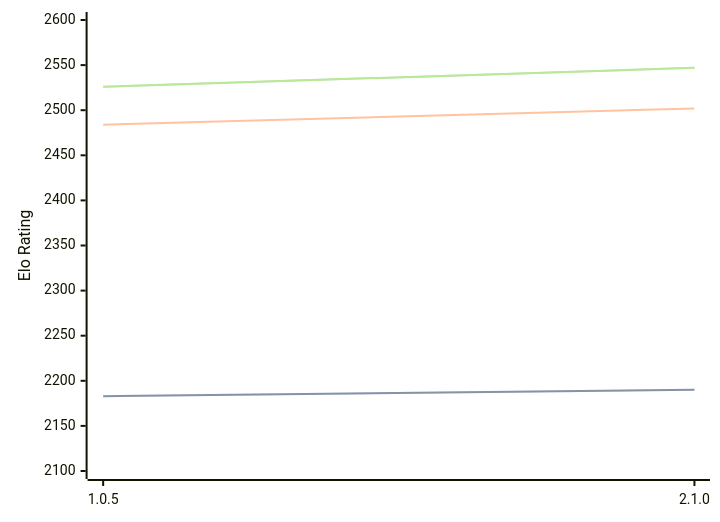
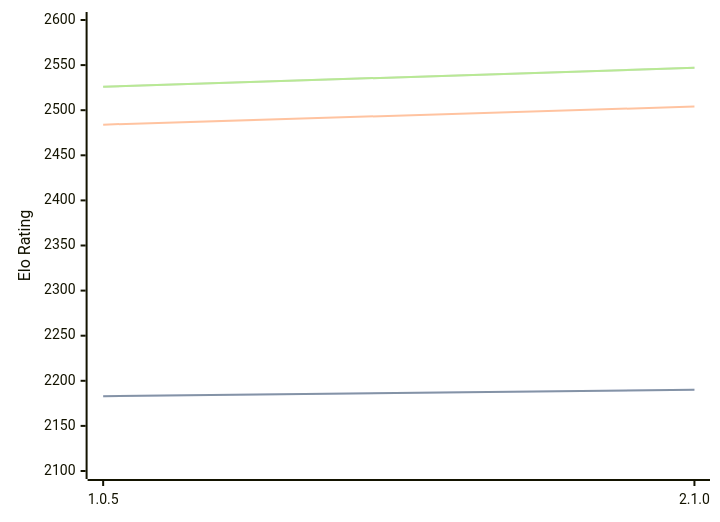
One commit to computer-chess-index/cci changed the diagram in engines/Ruffian.md. Above: the diagram before and after it, drawn with Mermaid. The commit also changed other lines of this file, not shown here.

````diff
--- a/engines/Ruffian.md
+++ b/engines/Ruffian.md
@@ -30,11 +30,11 @@
 ```mermaid
 %%{init: {"theme":"base","themeVariables":{"seriesColors:['#a3a3a3','#222221','#faa371']}}}%%
 xychart-beta
   x-axis ["1.0.5", "2.1.0"]
   y-axis "Elo Rating" 2100 --> 2600
   line "STC (8.0+0.08s)" [2183, 2190]
   line "STC (8.0+0.08s)" [2183, 2190]
-  line "LTC (60.0+0.60s)" [2484, 2502]
+  line "LTC (60.0+0.60s)" [2484, 2504]
   line "VLTC (2m24s+1.12s)" [2526, 2547]
   line "VLTC (2m24s+1.12s)" [2526, 2547]
 ```
````
